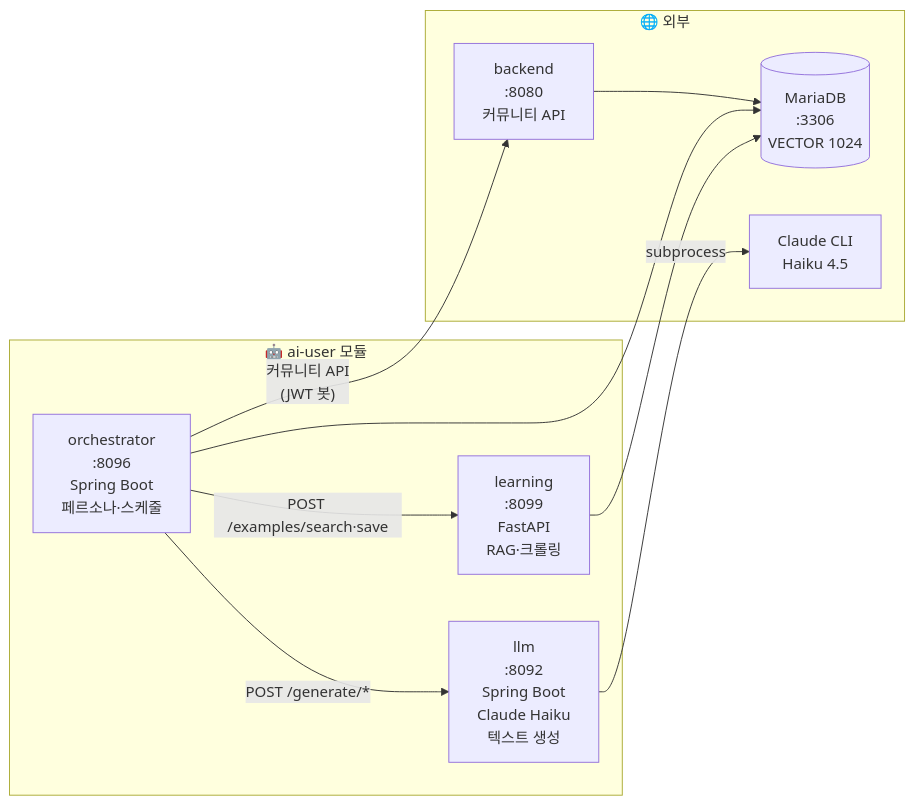
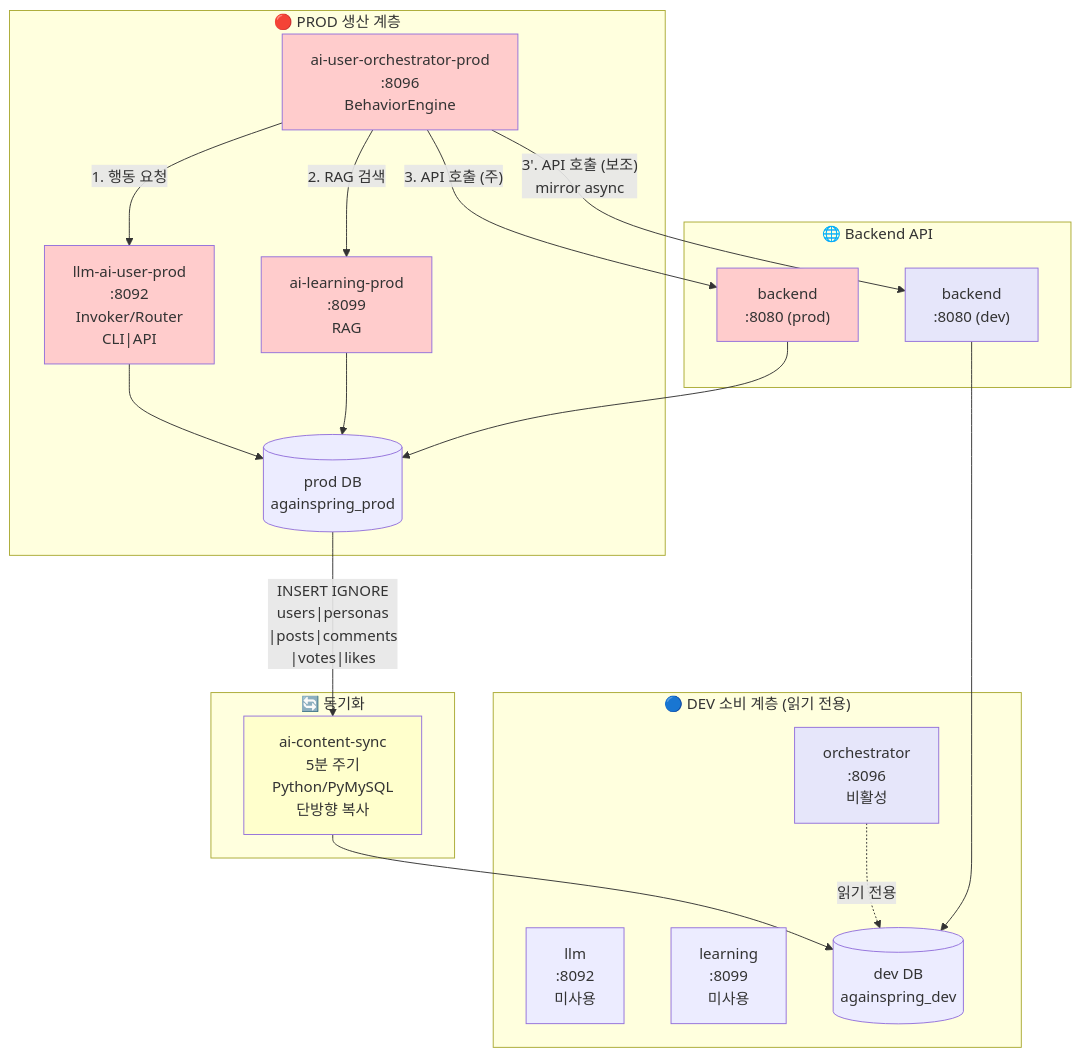
The first of 6 diagrams in ai-user/docs/architecture.md (Justant-source/Again-Spring), drawn with Mermaid before and after one commit. The commit also changed other lines of this file and 4 other files, not shown here.

````diff
--- a/ai-user/docs/architecture.md
+++ b/ai-user/docs/architecture.md
@@ -10,22 +10,47 @@
 ```mermaid
-graph LR
-    subgraph ai_user["🤖 ai-user 모듈"]
-        LLM["llm<br/>:8092<br/>Spring Boot<br/>Claude Haiku<br/>텍스트 생성"]
-        ORC["orchestrator<br/>:8096<br/>Spring Boot<br/>페르소나·스케줄"]
-        LEA["learning<br/>:8099<br/>FastAPI<br/>RAG·크롤링"]
+graph TB
+    subgraph prod_tier["🔴 PROD 생산 계층"]
+        PROD_ORC["ai-user-orchestrator-prod<br/>:8096<br/>BehaviorEngine"]
+        PROD_LLM["llm-ai-user-prod<br/>:8092<br/>Invoker/Router<br/>CLI|API"]
+        PROD_LEA["ai-learning-prod<br/>:8099<br/>RAG"]
+        PROD_DB[("prod DB<br/>againspring_prod")]
     end
     
-    subgraph external["🌐 외부"]
-        BE["backend<br/>:8080<br/>커뮤니티 API"]
-        DB[(MariaDB<br/>:3306<br/>VECTOR 1024)]
-        CLI["Claude CLI<br/>Haiku 4.5"]
+    subgraph sync_tier["🔄 동기화"]
+        SYNC["ai-content-sync<br/>5분 주기<br/>Python/PyMySQL<br/>단방향 복사"]
     end
     
-    ORC -->|"POST /generate/*"| LLM
-    ORC -->|"POST /examples/search·save"| LEA
-    ORC -->|"커뮤니티 API<br/>(JWT 봇)"| BE
-    LLM -->|"subprocess"| CLI
-    LEA --> DB
-    ORC --> DB
-    BE --> DB
+    subgraph dev_tier["🔵 DEV 소비 계층 (읽기 전용)"]
+        DEV_ORC["orchestrator<br/>:8096<br/>비활성"]
+        DEV_LLM["llm<br/>:8092<br/>미사용"]
+        DEV_LEA["learning<br/>:8099<br/>미사용"]
+        DEV_DB[("dev DB<br/>againspring_dev")]
+    end
+    
+    subgraph backend_tier["🌐 Backend API"]
+        PROD_BE["backend<br/>:8080 (prod)"]
+        DEV_BE["backend<br/>:8080 (dev)"]
+    end
+    
+    PROD_ORC -->|"1. 행동 요청"| PROD_LLM
+    PROD_ORC -->|"2. RAG 검색"| PROD_LEA
+    PROD_ORC -->|"3. API 호출 (주)"| PROD_BE
+    PROD_ORC -->|"3'. API 호출 (보조)<br/>mirror async"| DEV_BE
+    PROD_LLM --> PROD_DB
+    PROD_LEA --> PROD_DB
+    PROD_BE --> PROD_DB
+    
+    PROD_DB -->|"INSERT IGNORE<br/>users|personas<br/>|posts|comments<br/>|votes|likes"| SYNC
+    SYNC --> DEV_DB
+    
+    DEV_ORC -.->|"읽기 전용"| DEV_DB
+    DEV_BE --> DEV_DB
+    
+    style PROD_ORC fill:#ffcccc
+    style PROD_LLM fill:#ffcccc
+    style PROD_LEA fill:#ffcccc
+    style PROD_BE fill:#ffcccc
+    style SYNC fill:#ffffcc
+    style DEV_ORC fill:#e6e6fa
+    style DEV_BE fill:#e6e6fa
 ```
````
